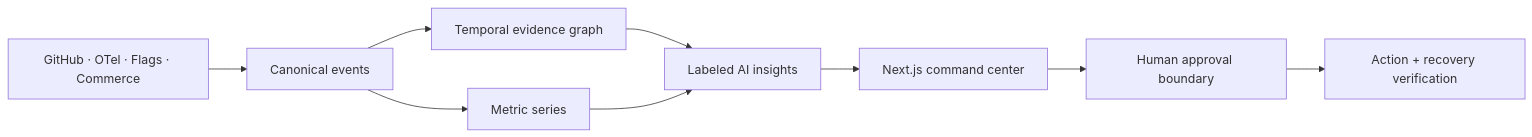
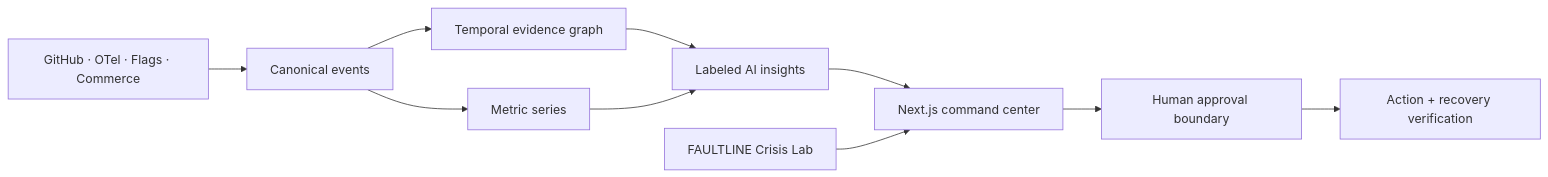
Before and after one commit to junlee122-bot/threadline: the diagram in README.md, drawn with Mermaid. The commit also changed other lines of this file and 14 other files, not shown here.

Commit message:
Integrate Faultline as Threadline Crisis Lab

````diff
--- a/README.md
+++ b/README.md
@@ -105,11 +113,12 @@
 ```mermaid
 flowchart LR
   Sources["GitHub · OTel · Flags · Commerce"] --> Normalize["Canonical events"]
   Normalize --> Graph["Temporal evidence graph"]
   Normalize --> Metrics["Metric series"]
   Graph --> Insight["Labeled AI insights"]
   Metrics --> Insight
   Insight --> UI["Next.js command center"]
+  TrainingTwin["FAULTLINE Crisis Lab"] --> UI
   UI --> Approval["Human approval boundary"]
   Approval --> Verify["Action + recovery verification"]
 ```
````
